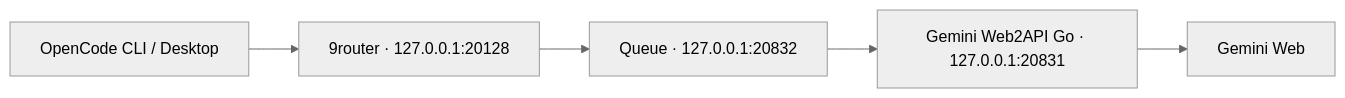
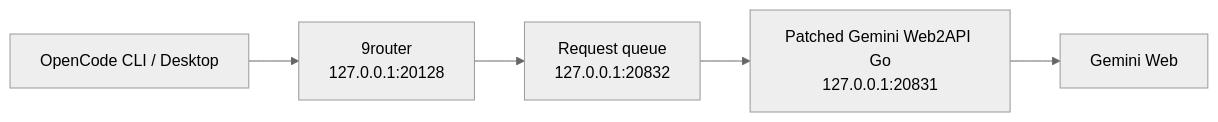
One commit to Sonness1304/gemini-opencode changed the diagram in README.md. Above: the diagram before and after it, drawn with Mermaid (neutral theme). The commit also changed other lines of this file and 20 other files, not shown here.

````diff
--- a/README.md
+++ b/README.md
@@ -7,7 +41,7 @@
 ```mermaid
 flowchart LR
-  O[OpenCode CLI / Desktop] --> R[9router · 127.0.0.1:20128]
-  R --> Q[Queue · 127.0.0.1:20832]
-  Q --> G[Gemini Web2API Go · 127.0.0.1:20831]
-  G --> W[Gemini Web]
+  O["OpenCode CLI / Desktop"] --> R["9router<br/>127.0.0.1:20128"]
+  R --> Q["Request queue<br/>127.0.0.1:20832"]
+  Q --> G["Patched Gemini Web2API Go<br/>127.0.0.1:20831"]
+  G --> W["Gemini Web"]
 ```
````
